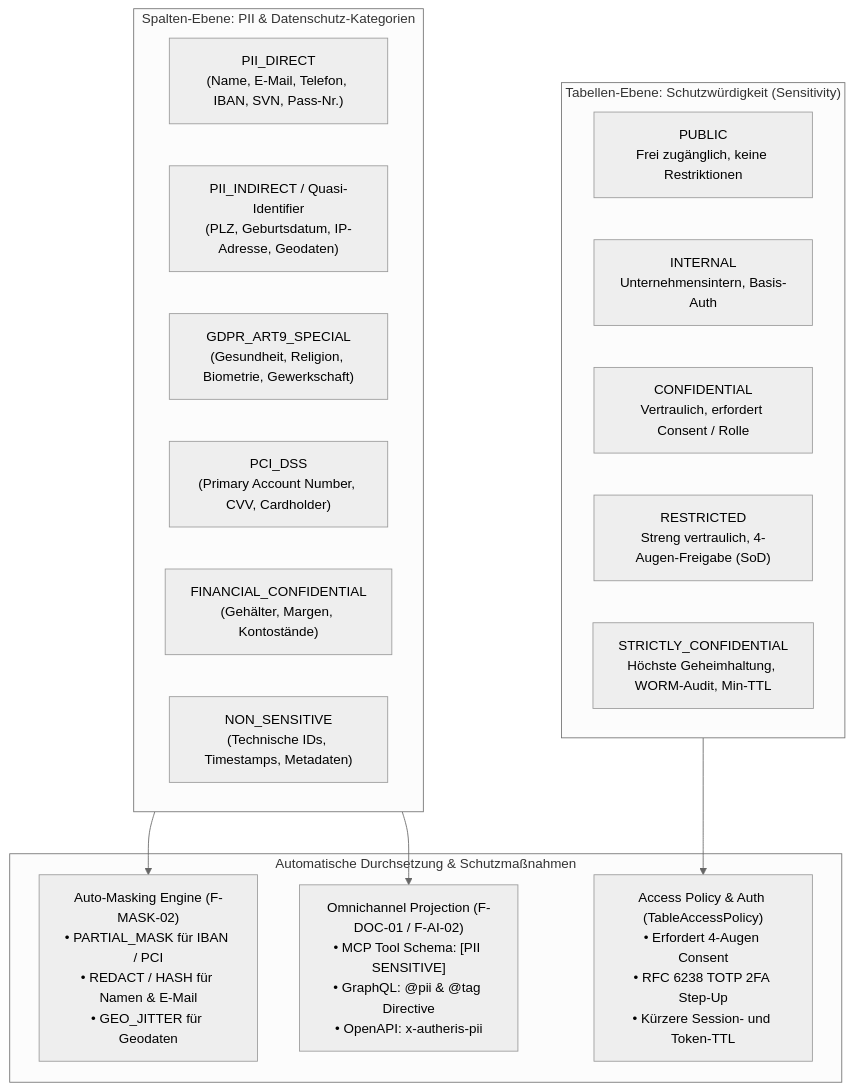
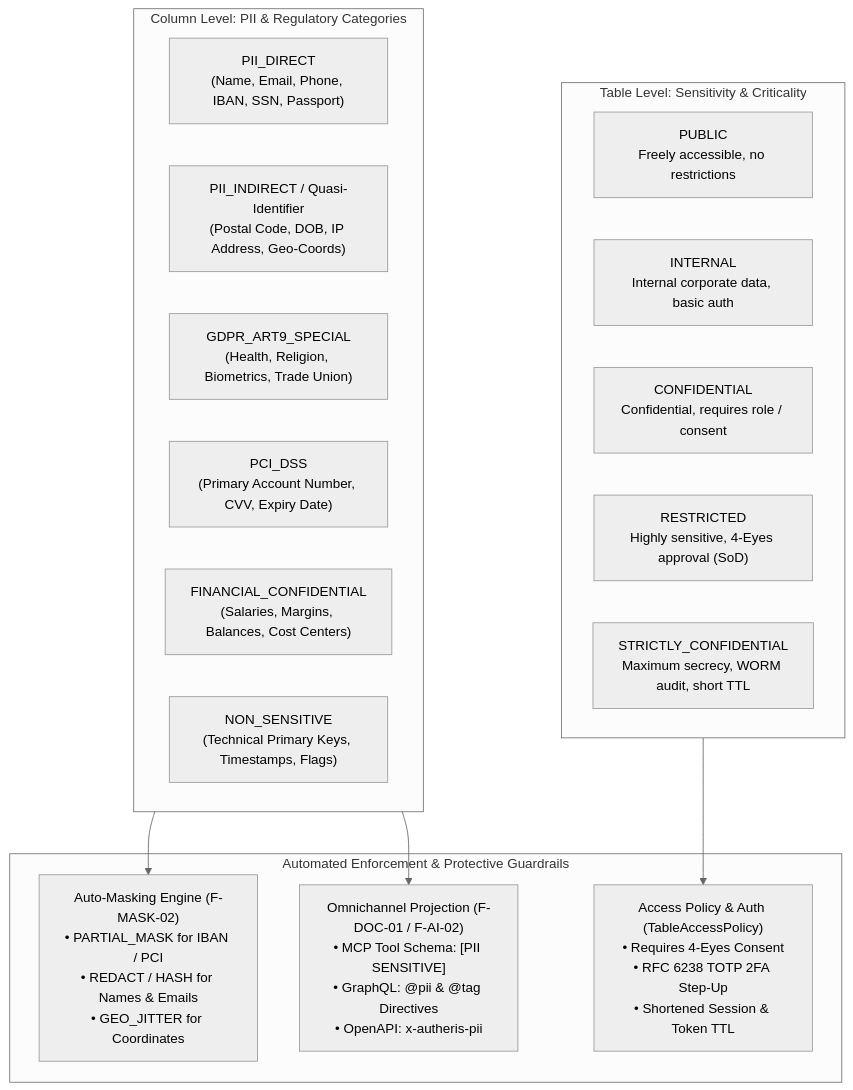
One commit to themulle/autheris changed the first of 2 diagrams in docs/features/f-gov-13-data-classification-and-pii-governance.md. Above: the diagram before and after it, drawn with Mermaid (neutral theme). The commit also changed other lines of this file, not shown here.

Commit message:
docs(gov): translate F-GOV-13 data classification documentation to English

````diff
--- a/docs/features/f-gov-13-data-classification-and-pii-governance.md
+++ b/docs/features/f-gov-13-data-classification-and-pii-governance.md
@@ -35,29 +35,29 @@
 ```mermaid
 flowchart TD
-    subgraph TableLevel ["Tabellen-Ebene: Schutzwürdigkeit (Sensitivity)"]
-        PUB["PUBLIC<br/>Frei zugänglich, keine Restriktionen"]
-        INT["INTERNAL<br/>Unternehmensintern, Basis-Auth"]
-        CONF["CONFIDENTIAL<br/>Vertraulich, erfordert Consent / Rolle"]
-        REST["RESTRICTED<br/>Streng vertraulich, 4-Augen-Freigabe (SoD)"]
-        SCONF["STRICTLY_CONFIDENTIAL<br/>Höchste Geheimhaltung, WORM-Audit, Min-TTL"]
+    subgraph TableLevel ["Table Level: Sensitivity & Criticality"]
+        PUB["PUBLIC<br/>Freely accessible, no restrictions"]
+        INT["INTERNAL<br/>Internal corporate data, basic auth"]
+        CONF["CONFIDENTIAL<br/>Confidential, requires role / consent"]
+        REST["RESTRICTED<br/>Highly sensitive, 4-Eyes approval (SoD)"]
+        SCONF["STRICTLY_CONFIDENTIAL<br/>Maximum secrecy, WORM audit, short TTL"]
     end
 
-    subgraph ColumnLevel ["Spalten-Ebene: PII & Datenschutz-Kategorien"]
-        P_DIR["PII_DIRECT<br/>(Name, E-Mail, Telefon, IBAN, SVN, Pass-Nr.)"]
-        P_IND["PII_INDIRECT / Quasi-Identifier<br/>(PLZ, Geburtsdatum, IP-Adresse, Geodaten)"]
-        P_ART9["GDPR_ART9_SPECIAL<br/>(Gesundheit, Religion, Biometrie, Gewerkschaft)"]
-        P_PCI["PCI_DSS<br/>(Primary Account Number, CVV, Cardholder)"]
-        P_FIN["FINANCIAL_CONFIDENTIAL<br/>(Gehälter, Margen, Kontostände)"]
-        P_NON["NON_SENSITIVE<br/>(Technische IDs, Timestamps, Metadaten)"]
+    subgraph ColumnLevel ["Column Level: PII & Regulatory Categories"]
+        P_DIR["PII_DIRECT<br/>(Name, Email, Phone, IBAN, SSN, Passport)"]
+        P_IND["PII_INDIRECT / Quasi-Identifier<br/>(Postal Code, DOB, IP Address, Geo-Coords)"]
+        P_ART9["GDPR_ART9_SPECIAL<br/>(Health, Religion, Biometrics, Trade Union)"]
+        P_PCI["PCI_DSS<br/>(Primary Account Number, CVV, Expiry Date)"]
+        P_FIN["FINANCIAL_CONFIDENTIAL<br/>(Salaries, Margins, Balances, Cost Centers)"]
+        P_NON["NON_SENSITIVE<br/>(Technical Primary Keys, Timestamps, Flags)"]
     end
 
-    subgraph Enforcement ["Automatische Durchsetzung & Schutzmaßnahmen"]
-        MASK["Auto-Masking Engine (F-MASK-02)<br/>• PARTIAL_MASK für IBAN / PCI<br/>• REDACT / HASH für Namen & E-Mail<br/>• GEO_JITTER für Geodaten"]
-        POLICY["Access Policy & Auth (TableAccessPolicy)<br/>• Erfordert 4-Augen Consent<br/>• RFC 6238 TOTP 2FA Step-Up<br/>• Kürzere Session- und Token-TTL"]
-        OMNI["Omnichannel Projection (F-DOC-01 / F-AI-02)<br/>• MCP Tool Schema: [PII SENSITIVE]<br/>• GraphQL: @pii & @tag Directive<br/>• OpenAPI: x-autheris-pii"]
+    subgraph Enforcement ["Automated Enforcement & Protective Guardrails"]
+        MASK["Auto-Masking Engine (F-MASK-02)<br/>• PARTIAL_MASK for IBAN / PCI<br/>• REDACT / HASH for Names & Emails<br/>• GEO_JITTER for Coordinates"]
+        POLICY["Access Policy & Auth (TableAccessPolicy)<br/>• Requires 4-Eyes Consent<br/>• RFC 6238 TOTP 2FA Step-Up<br/>• Shortened Session & Token TTL"]
+        OMNI["Omnichannel Projection (F-DOC-01 / F-AI-02)<br/>• MCP Tool Schema: [PII SENSITIVE]<br/>• GraphQL: @pii & @tag Directives<br/>• OpenAPI: x-autheris-pii"]
     end
 
     TableLevel --> POLICY
     ColumnLevel --> MASK
     ColumnLevel --> OMNI
 ```
````
